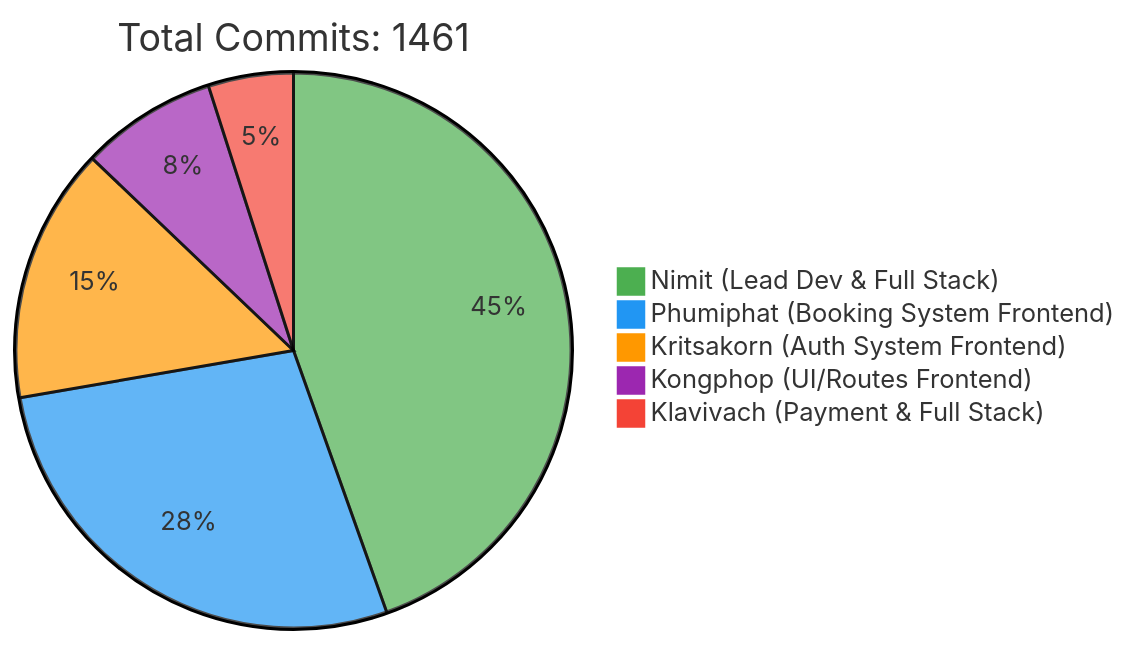
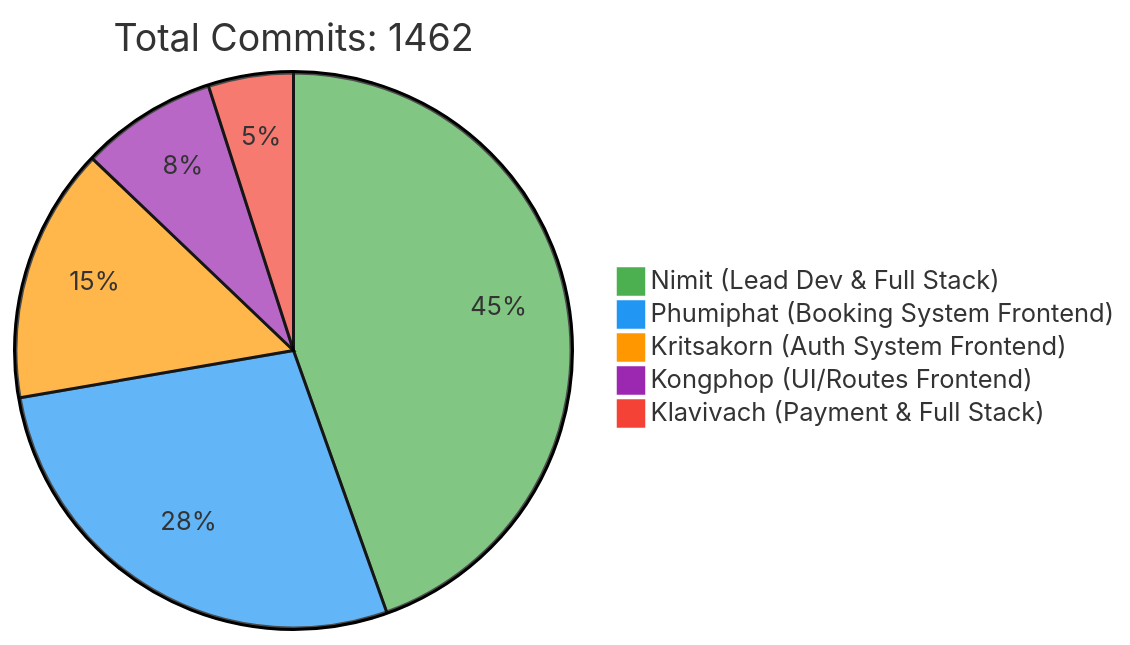
Before and after one commit to 6531503042/Sport-Complex: the first of 2 diagrams in README.md, drawn with Mermaid. The commit also changed other lines of this file, not shown here.

Commit message:
docs: Update contributor statistics [skip ci]

````diff
--- a/README.md
+++ b/README.md
@@ -257,10 +257,10 @@
 ```mermaid
 %%{init: {'theme': 'base', 'themeVariables': { 'pie1': '#4CAF50', 'pie2': '#2196F3', 'pie3': '#FF9800', 'pie4': '#9C27B0', 'pie5': '#F44336'}}}%%
 pie
-    title Total Commits: 1461
+    title Total Commits: 1462
     "Nimit (Lead Dev & Full Stack)" : 450
     "Phumiphat (Booking System Frontend)" : 280
     "Kritsakorn (Auth System Frontend)" : 150
     "Kongphop (UI/Routes Frontend)" : 80
     "Klavivach (Payment & Full Stack)" : 50
 ```
````
